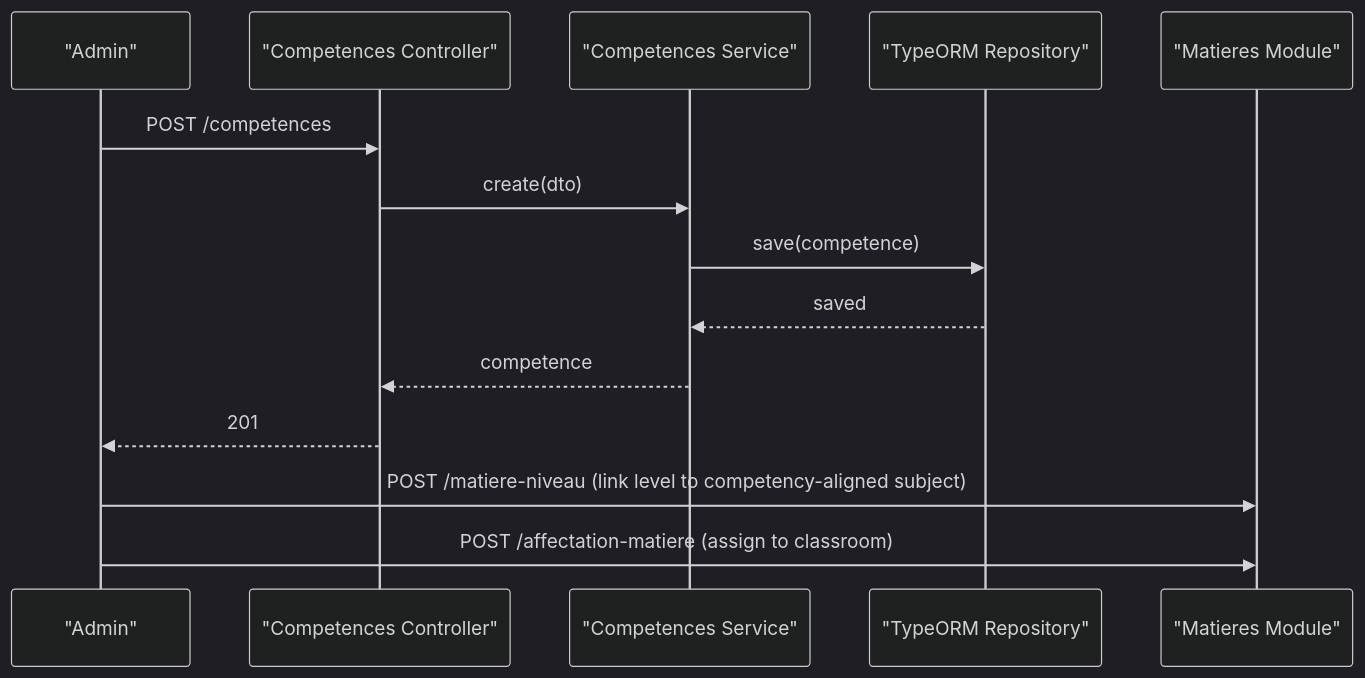
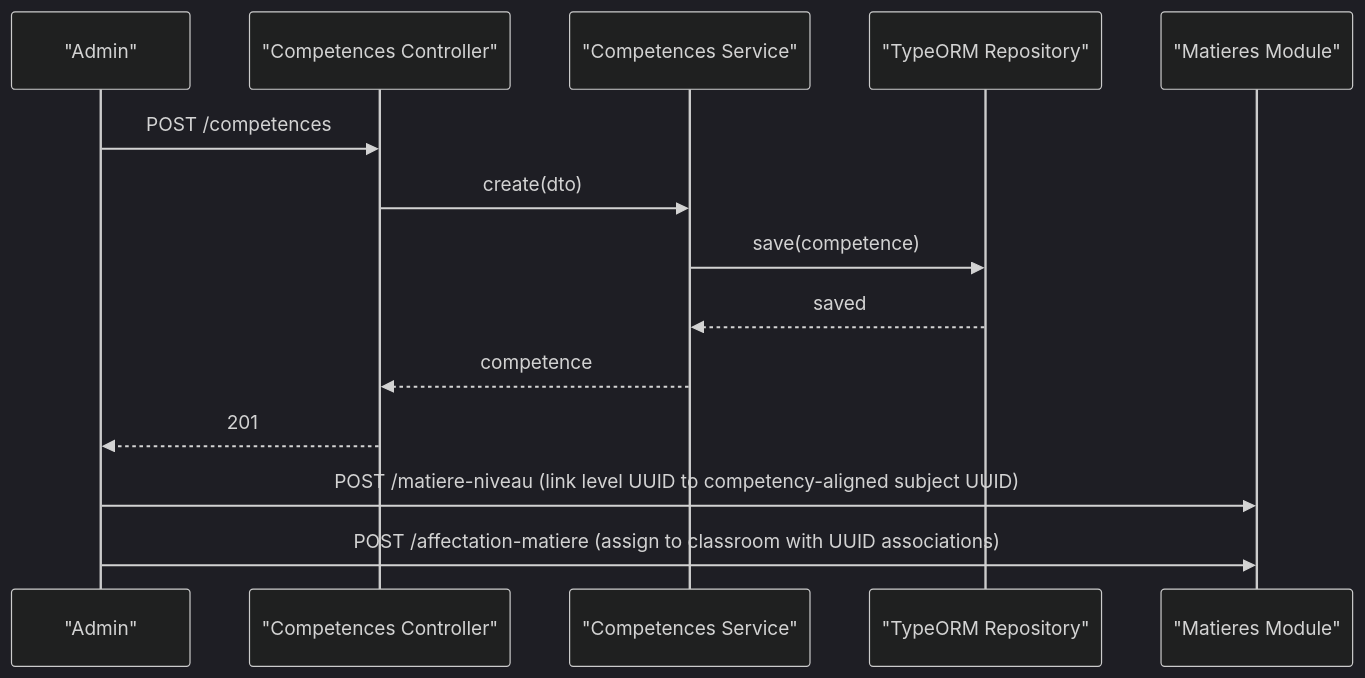
Before and after one commit to franckylab/eLISAschool: the ninth of 10 diagrams in .qoder/repowiki/en/content/Modules & Features/Academic Modules/Curriculum Structure (Cycles & Levels).md, drawn with Mermaid (dark theme). The commit also changed other lines of this file and 95 other files, not shown here.

First line of the commit message:
refactor(architecture): corriger la source de vérité des informations établissement

````diff
--- a/.qoder/repowiki/en/content/Modules & Features/Academic Modules/Curriculum Structure (Cycles & Levels).md
+++ b/.qoder/repowiki/en/content/Modules & Features/Academic Modules/Curriculum Structure (Cycles & Levels).md
@@ -532,16 +536,16 @@
 ```mermaid
 sequenceDiagram
 participant Admin as "Admin"
 participant Ctrl as "Competences Controller"
 participant Svc as "Competences Service"
 participant Repo as "TypeORM Repository"
 participant Subj as "Matieres Module"
 Admin->>Ctrl : POST /competences
 Ctrl->>Svc : create(dto)
 Svc->>Repo : save(competence)
 Repo-->>Svc : saved
 Svc-->>Ctrl : competence
 Ctrl-->>Admin : 201
-Admin->>Subj : POST /matiere-niveau (link level to competency-aligned subject)
-Admin->>Subj : POST /affectation-matiere (assign to classroom)
+Admin->>Subj : POST /matiere-niveau (link level UUID to competency-aligned subject UUID)
+Admin->>Subj : POST /affectation-matiere (assign to classroom with UUID associations)
 ```
````
